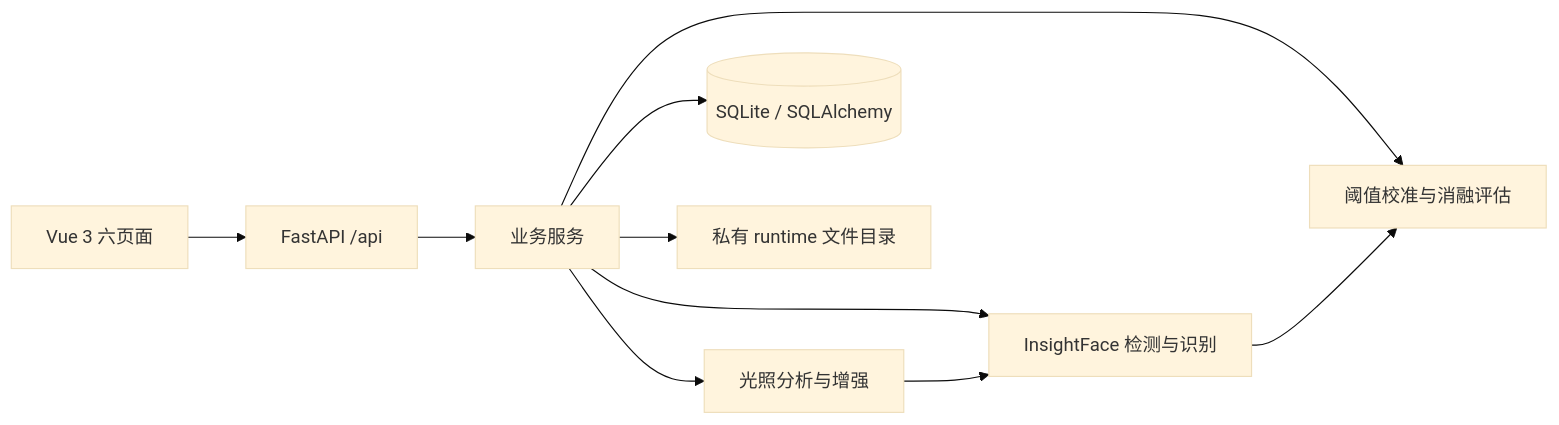
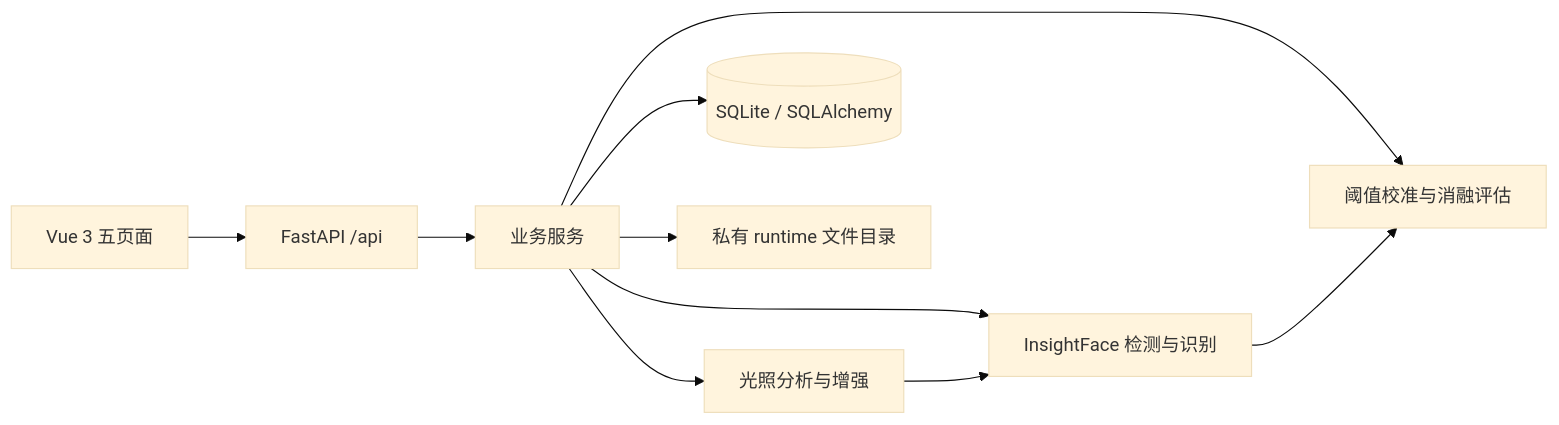
Before and after one commit to ZnS-sediment/3_LumiFace: the diagram in docs/architecture.md, drawn with Mermaid (base theme). The commit also changed other lines of this file and 103 other files, not shown here.

````diff
--- a/docs/architecture.md
+++ b/docs/architecture.md
@@ -7,12 +7,12 @@
 ```mermaid
 flowchart LR
-  UI[Vue 3 六页面] --> API[FastAPI /api]
+  UI[Vue 3 五页面] --> API[FastAPI /api]
   API --> S[业务服务]
   S --> A[光照分析与增强]
   S --> F[InsightFace 检测与识别]
   S --> E[阈值校准与消融评估]
   S --> DB[(SQLite / SQLAlchemy)]
   S --> FS[私有 runtime 文件目录]
   A --> F
   F --> E
 ```
````
